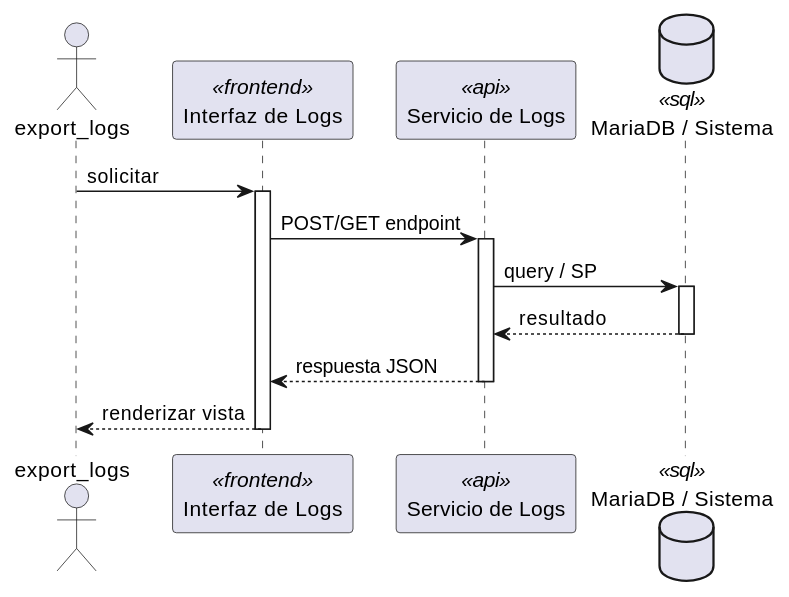
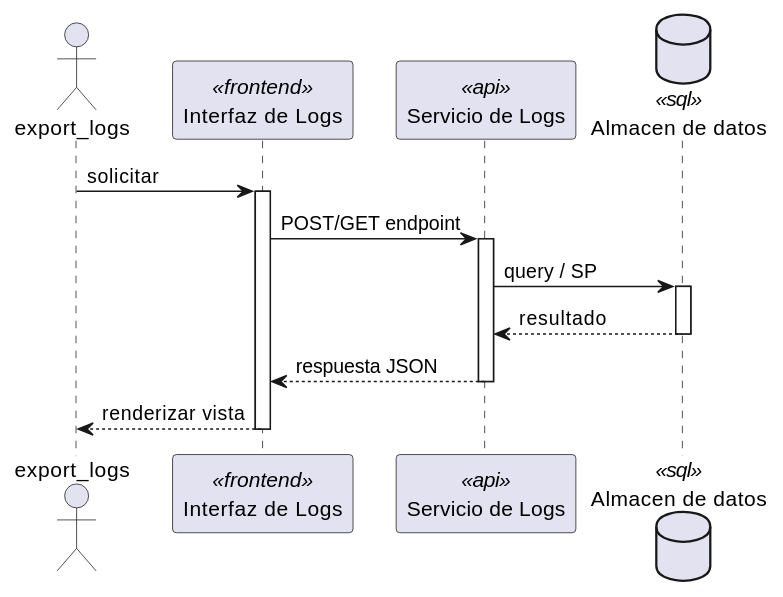
One commit to jcg-admin/IACT-docs changed the diagram in source/arquitectura-tecnica/DesignView/exportar-logs-secuencia.rst. Above: the diagram before and after it, drawn with PlantUML. The commit also changed 160 other files, not shown here.

```diff
--- a/source/arquitectura-tecnica/DesignView/exportar-logs-secuencia.rst
+++ b/source/arquitectura-tecnica/DesignView/exportar-logs-secuencia.rst
@@ -25,28 +25,28 @@
 .. uml::
  :caption: UC_LOG_04 — Design View (secuencia)
 
  @startuml
 
  actor "export_logs" as export_logs
  participant "Interfaz de Logs" as Iface <<frontend>>
  participant "Servicio de Logs" as SvcNode <<api>>
- database "MariaDB / Sistema" as Store <<sql>>
+ database "Almacen de datos" as Store <<sql>>
 
  export_logs -> Iface : solicitar
  activate Iface
 
  Iface -> SvcNode : POST/GET endpoint
  activate SvcNode
 
  SvcNode -> Store : query / SP
  activate Store
  Store --> SvcNode : resultado
  deactivate Store
 
  SvcNode --> Iface : respuesta JSON
  deactivate SvcNode
 
  Iface --> export_logs : renderizar vista
  deactivate Iface
 
  @enduml
```
